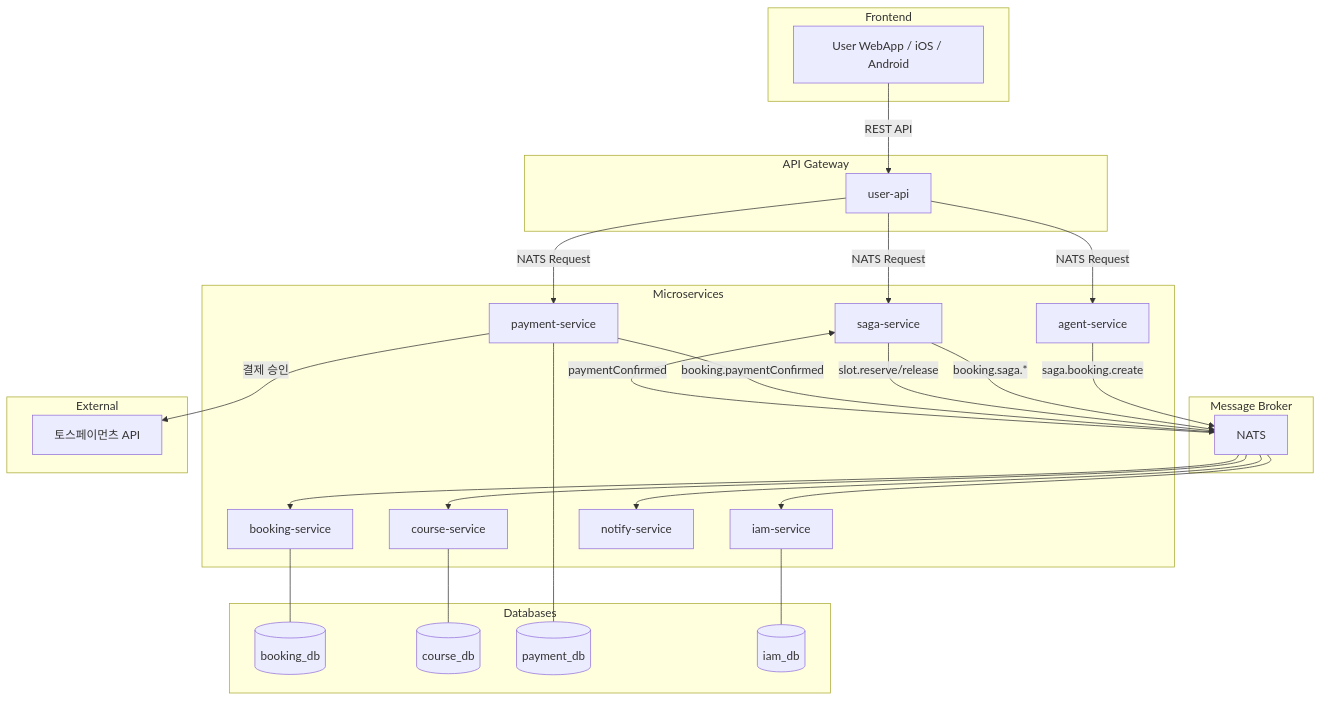
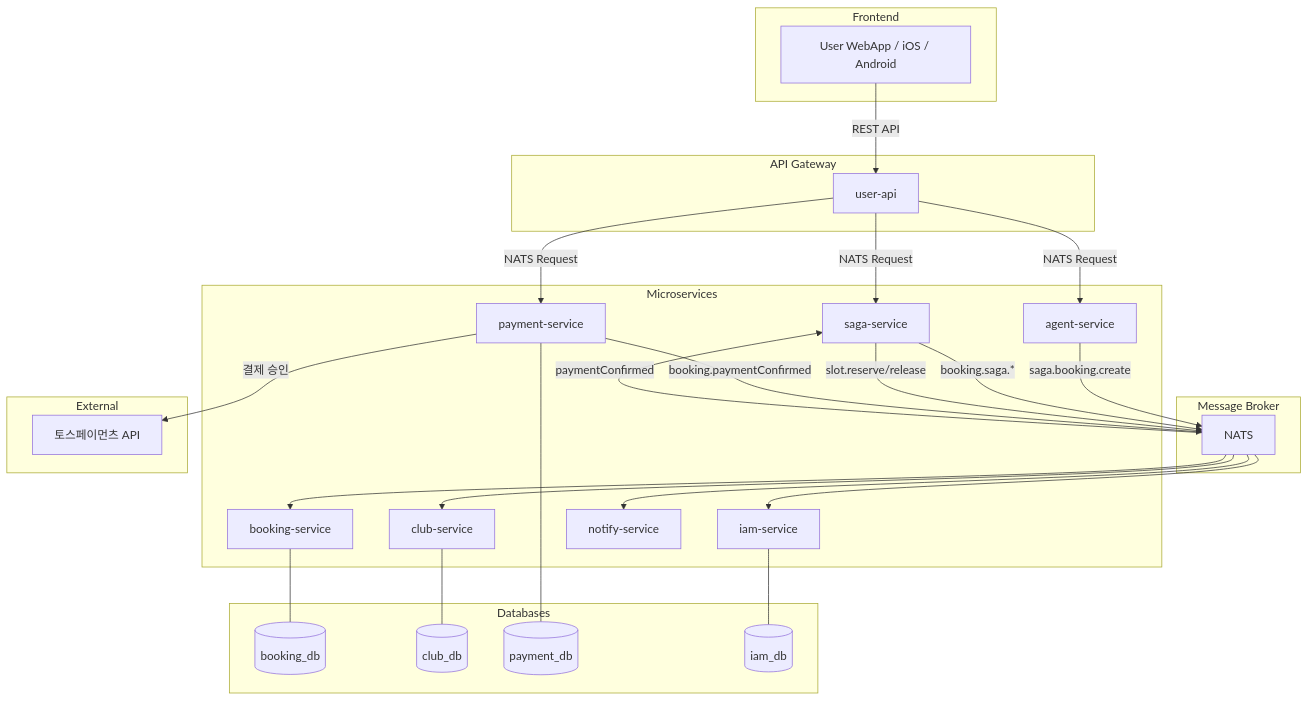
The first of 15 diagrams in docs/workflow/BOOKING.md (uniyous/parkgolf-platform), drawn with Mermaid before and after one commit. The commit also changed other lines of this file and 130 other files, not shown here.

First line of the commit message:
refactor(infra): course-service → club-service 풀 리네임 (UNI-80)

````diff
--- a/docs/workflow/BOOKING.md
+++ b/docs/workflow/BOOKING.md
@@ -65,51 +65,51 @@
 ```mermaid
 flowchart TB
     subgraph "Frontend"
         A[User WebApp / iOS / Android]
     end
 
     subgraph "API Gateway"
         B[user-api]
     end
 
     subgraph "Microservices"
         SAGA[saga-service]
         C[booking-service]
-        D[course-service]
+        D[club-service]
         P[payment-service]
         IAM[iam-service]
         E[notify-service]
         AG[agent-service]
     end
 
     subgraph "Message Broker"
         NATS[NATS]
     end
 
     subgraph "Databases"
         F[(booking_db)]
-        G[(course_db)]
+        G[(club_db)]
         H[(payment_db)]
         I[(iam_db)]
     end
 
     subgraph "External"
         TOSS[토스페이먼츠 API]
     end
 
     A -->|REST API| B
     B -->|NATS Request| SAGA
     B -->|NATS Request| P
     B -->|NATS Request| AG
     AG -->|saga.booking.create| NATS
     SAGA -->|booking.saga.*| NATS
     SAGA -->|slot.reserve/release| NATS
     NATS --> C & D & E & IAM
     P -->|booking.paymentConfirmed| NATS
     NATS -->|paymentConfirmed| SAGA
     P -->|결제 승인| TOSS
     C --- F
     D --- G
     P --- H
     IAM --- I
 ```
````
